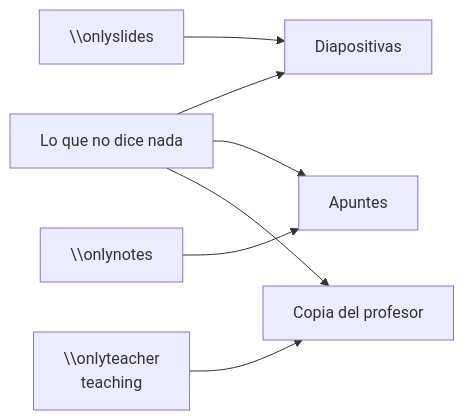
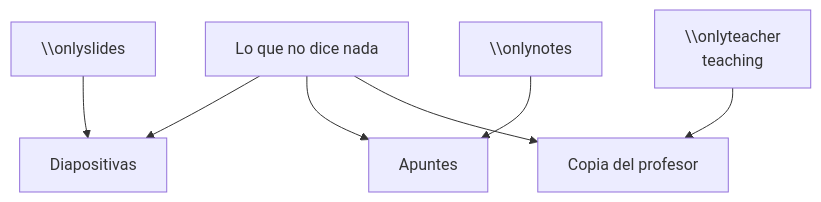
Before and after one commit to franjfal/didacta: the diagram in web/docs/escribir/index.md, drawn with Mermaid. The commit also changed 11 other files, not shown here.

````diff
--- a/web/docs/escribir/index.md
+++ b/web/docs/escribir/index.md
@@ -35,9 +35,9 @@
 ```mermaid
-flowchart LR
+flowchart TD
   T["Lo que no dice nada"] --> S["Diapositivas"]
   T --> N["Apuntes"]
   T --> P["Copia del profesor"]
   OS["\\onlyslides"] --> S
   ON["\\onlynotes"] --> N
   OT["\\onlyteacher<br/>teaching"] --> P
 ```
````
